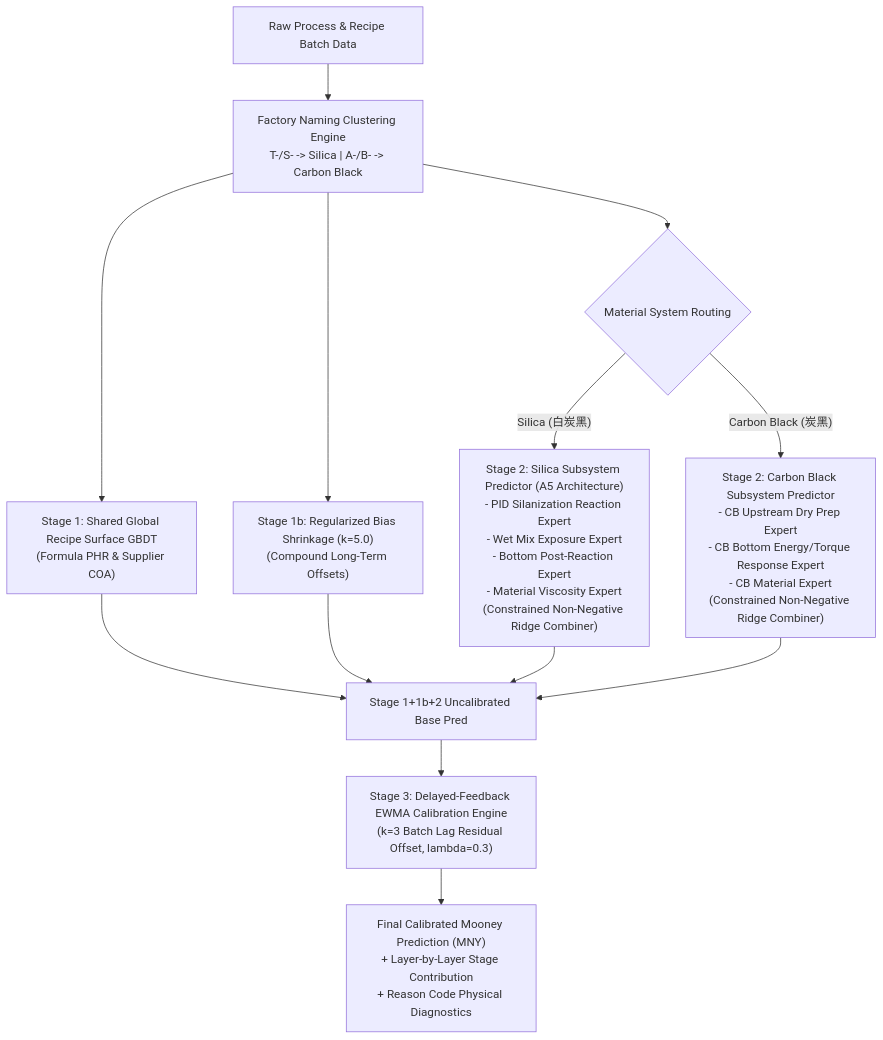
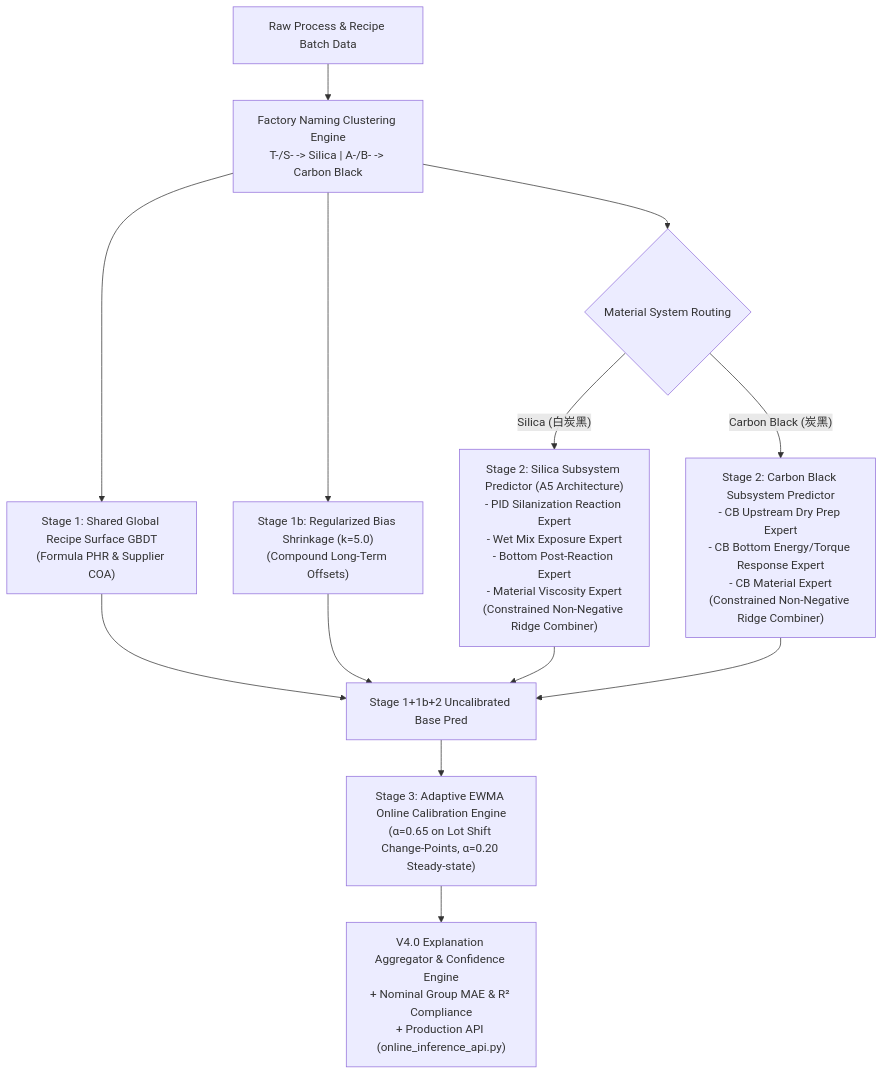
Before and after one commit to mayuxiang666-eng/Compound_property_prediction: the diagram in README.md, drawn with Mermaid. The commit also changed other lines of this file and 1 other file, not shown here.

Commit message:
docs(v3.8): update README.md and add production online calibration and continuous improvement plan V1.0/V4.0

````diff
--- a/README.md
+++ b/README.md
@@ -55,22 +64,22 @@
 ```mermaid
 graph TD
     A["Raw Process & Recipe Batch Data"] --> B["Factory Naming Clustering Engine<br/>T-/S- -> Silica | A-/B- -> Carbon Black"]
     
     B --> C1["Stage 1: Shared Global Recipe Surface GBDT<br/>(Formula PHR & Supplier COA)"]
     B --> C2["Stage 1b: Regularized Bias Shrinkage (k=5.0)<br/>(Compound Long-Term Offsets)"]
     
     B --> D{"Material System Routing"}
     
     D -- "Silica (白炭黑)" --> E1["Stage 2: Silica Subsystem Predictor (A5 Architecture)<br/>- PID Silanization Reaction Expert<br/>- Wet Mix Exposure Expert<br/>- Bottom Post-Reaction Expert<br/>- Material Viscosity Expert<br/>(Constrained Non-Negative Ridge Combiner)"]
     
     D -- "Carbon Black (炭黑)" --> E2["Stage 2: Carbon Black Subsystem Predictor<br/>- CB Upstream Dry Prep Expert<br/>- CB Bottom Energy/Torque Response Expert<br/>- CB Material Expert<br/>(Constrained Non-Negative Ridge Combiner)"]
     
     C1 --> F["Stage 1+1b+2 Uncalibrated Base Pred"]
     C2 --> F
     E1 --> F
     E2 --> F
     
-    F --> G["Stage 3: Delayed-Feedback EWMA Calibration Engine<br/>(k=3 Batch Lag Residual Offset, lambda=0.3)"]
+    F --> G["Stage 3: Adaptive EWMA Online Calibration Engine<br/>(α=0.65 on Lot Shift Change-Points, α=0.20 Steady-state)"]
     
-    G --> H["Final Calibrated Mooney Prediction (MNY)<br/>+ Layer-by-Layer Stage Contribution<br/>+ Reason Code Physical Diagnostics"]
+    G --> H["V4.0 Explanation Aggregator & Confidence Engine<br/>+ Nominal Group MAE & R² Compliance<br/>+ Production API (online_inference_api.py)"]
 ```
````
